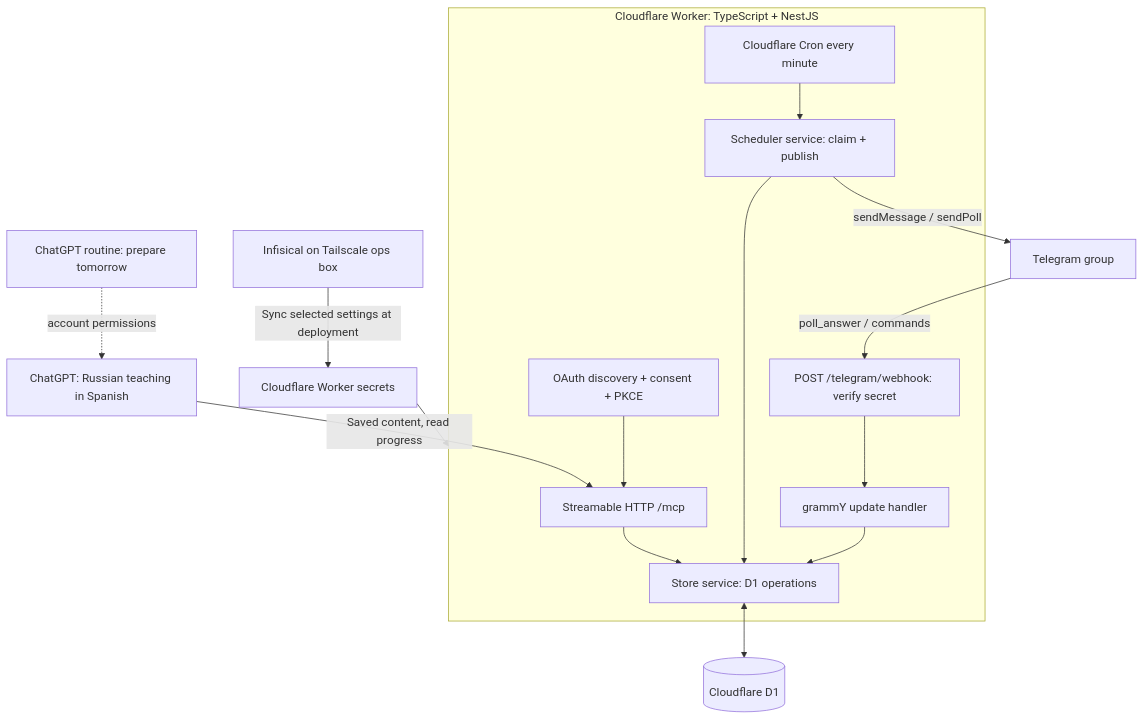
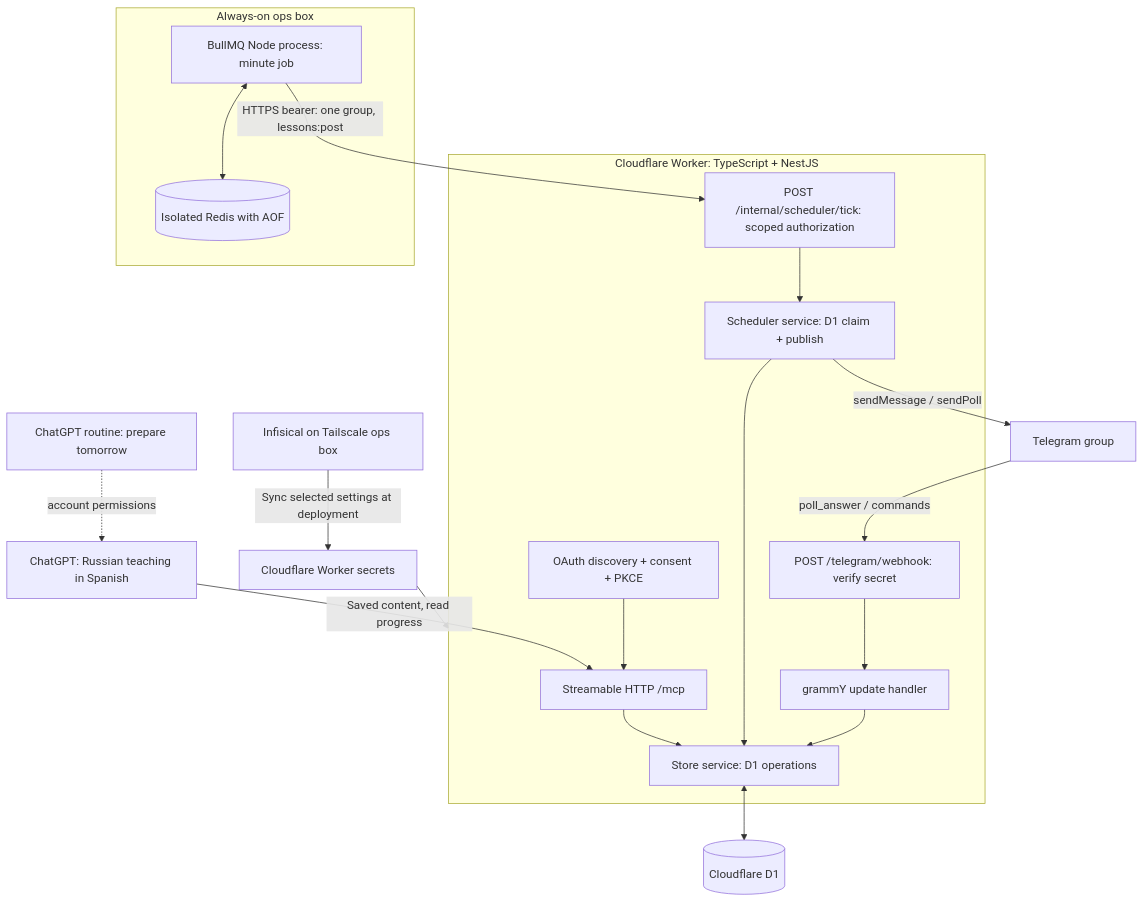
The first of 3 diagrams in docs/architecture.md (ArkadiiZon/telegram-russian-teacher), drawn with Mermaid before and after one commit. The commit also changed other lines of this file and 17 other files, not shown here.

Commit message:
Replace Cloudflare cron with scoped BullMQ delivery scheduler

````diff
--- a/docs/architecture.md
+++ b/docs/architecture.md
@@ -3,18 +3,22 @@
 ```mermaid
 flowchart TD
   ChatGPT[ChatGPT: Russian teaching in Spanish] -->|Saved content, read progress| MCP
   Tasks[ChatGPT routine: prepare tomorrow] -. account permissions .-> ChatGPT
   subgraph Worker[Cloudflare Worker: TypeScript + NestJS]
     OAuth[OAuth discovery + consent + PKCE] --> MCP[Streamable HTTP /mcp]
     MCP --> Store[Store service: D1 operations]
-    Cron[Cloudflare Cron every minute] --> Scheduler[Scheduler service: claim + publish]
+    Tick[POST /internal/scheduler/tick: scoped authorization] --> Scheduler[Scheduler service: D1 claim + publish]
     Scheduler --> Store
     Hook[POST /telegram/webhook: verify secret] --> TelegramService[grammY update handler]
     TelegramService --> Store
   end
+  subgraph OpsHost[Always-on ops box]
+    Bull[BullMQ Node process: minute job] <--> Redis[(Isolated Redis with AOF)]
+  end
+  Bull -->|HTTPS bearer: one group, lessons:post| Tick
   Store <--> D1[(Cloudflare D1)]
   Scheduler -->|sendMessage / sendPoll| Telegram[Telegram group]
   Telegram -->|poll_answer / commands| Hook
   Ops[Infisical on Tailscale ops box] -->|Sync selected settings at deployment| Secrets[Cloudflare Worker secrets]
   Secrets --> Worker
 ```
````
